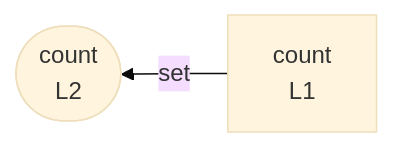
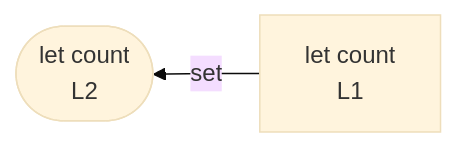
One commit to crescware/unsnarl changed the diagram in integration/fixtures/minimal-let/preview.md. Above: the diagram before and after it, drawn with Mermaid (base theme). The commit also changed 31 other files, not shown here.

First line of the commit message:
feat(mermaid): always prefix let-bound variables with "let"

````diff
--- a/integration/fixtures/minimal-let/preview.md
+++ b/integration/fixtures/minimal-let/preview.md
@@ -12,6 +12,6 @@
 ```mermaid
 flowchart RL
-  n_scope_0_count_4["count<br/>L1"]
-  wr_ref_0(["count<br/>L2"])
+  n_scope_0_count_4["let count<br/>L1"]
+  wr_ref_0(["let count<br/>L2"])
   n_scope_0_count_4 -->|set| wr_ref_0
 ```
````
